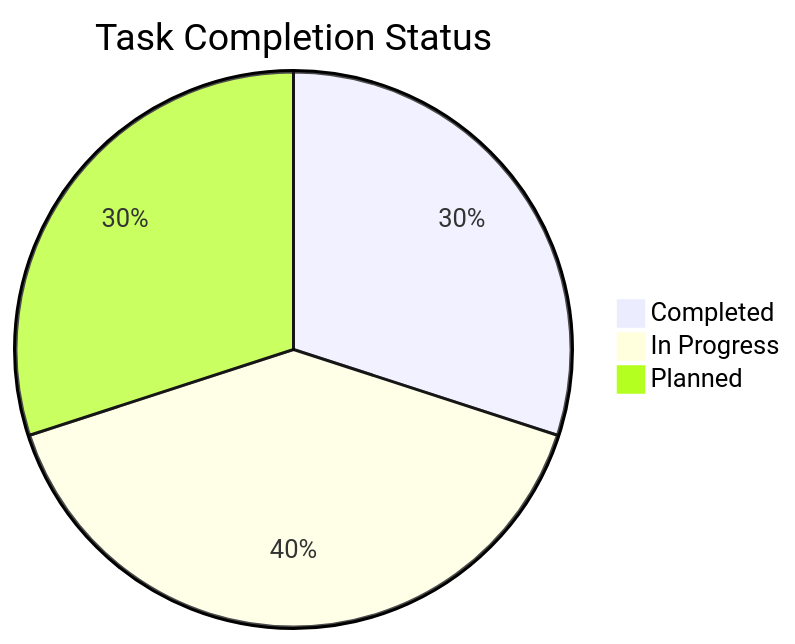
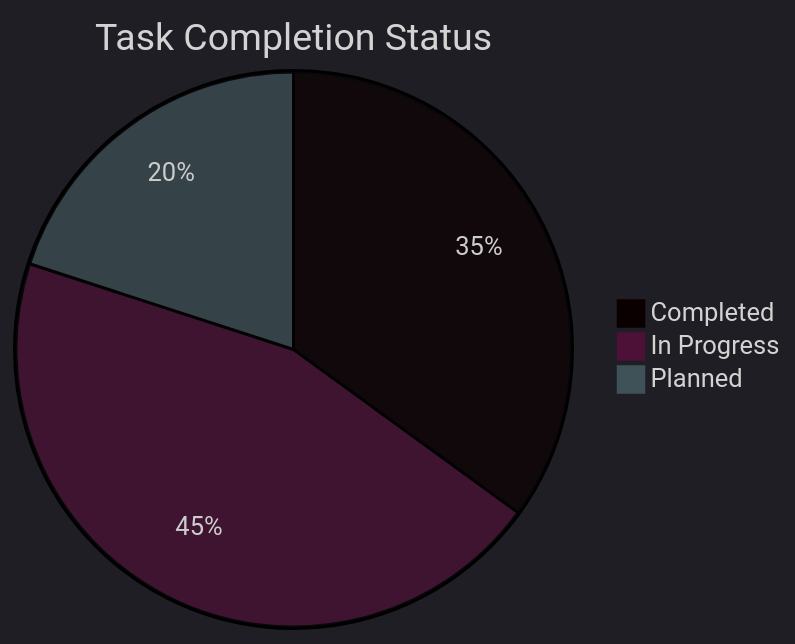
Before and after one commit to subtillioN/imagN: the sixth of 7 diagrams in instructions/task-visualization.md, drawn with Mermaid. The commit also changed other lines of this file and 43 other files, not shown here.

````diff
--- a/instructions/task-visualization.md
+++ b/instructions/task-visualization.md
@@ -76,6 +118,7 @@
 ```mermaid
+%%{init: {'theme':'dark'}}%%
 pie title Task Completion Status
-    "Completed" : 30
-    "In Progress" : 40
-    "Planned" : 30
+    "Completed" : 35
+    "In Progress" : 45
+    "Planned" : 20
 ```
````
